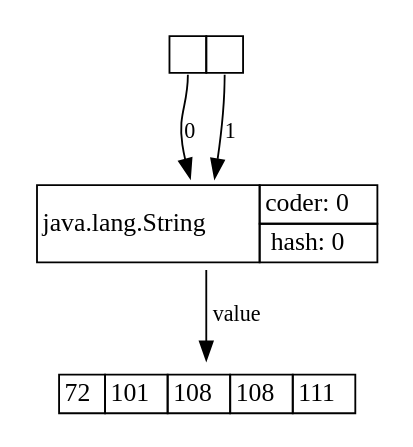
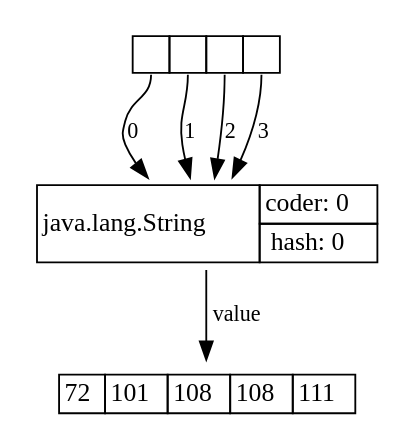
The sixth of 19 diagrams in doc/src/main/asciidoc/start.adoc (openjdk/jol), drawn with Graphviz before and after one commit. The commit also changed other lines of this file, not shown here.

```diff
--- a/doc/src/main/asciidoc/start.adoc
+++ b/doc/src/main/asciidoc/start.adoc
@@ -415,43 +616,46 @@
 [graphviz]
 ----
 digraph Java {
 	rankdir="TB";
 	node[shape=plaintext]
 	n1[label=<
 		<table border='0' cellborder='1' cellspacing='0' cellpadding='9'>
 			<tr>
 				<td port="f0"></td>
 				<td port="f1"></td>
+				<td port="f2"></td>
+				<td port="f3"></td>
 			</tr>
 		</table>
 	>];
 	n2[label=<
 		<table border='0' cellborder='1' cellspacing='0'>
 			<tr>
 				<td rowspan='3'>java.lang.String</td>
 			</tr>
 			<tr>
 				<td>coder: 0</td>
 			</tr>
 			<tr>
 				<td>hash: 0</td>
 			</tr>
 		</table>
 	>];
 	n3[label=<
 		<table border='0' cellborder='1' cellspacing='0'>
 			<tr>
 				<td>72</td>
 				<td>101</td>
 				<td>108</td>
 				<td>108</td>
 				<td>111</td>
 			</tr>
 		</table>
 	>];
 	n2 -> n3[label="value",fontsize=12];
 	n1:f0 -> n2[label="0",fontsize=12];
 	n1:f1 -> n2[label="1",fontsize=12];
+	n1:f2 -> n2[label="2",fontsize=12];
+	n1:f3 -> n2[label="3",fontsize=12];
 }
-
 ----
```
